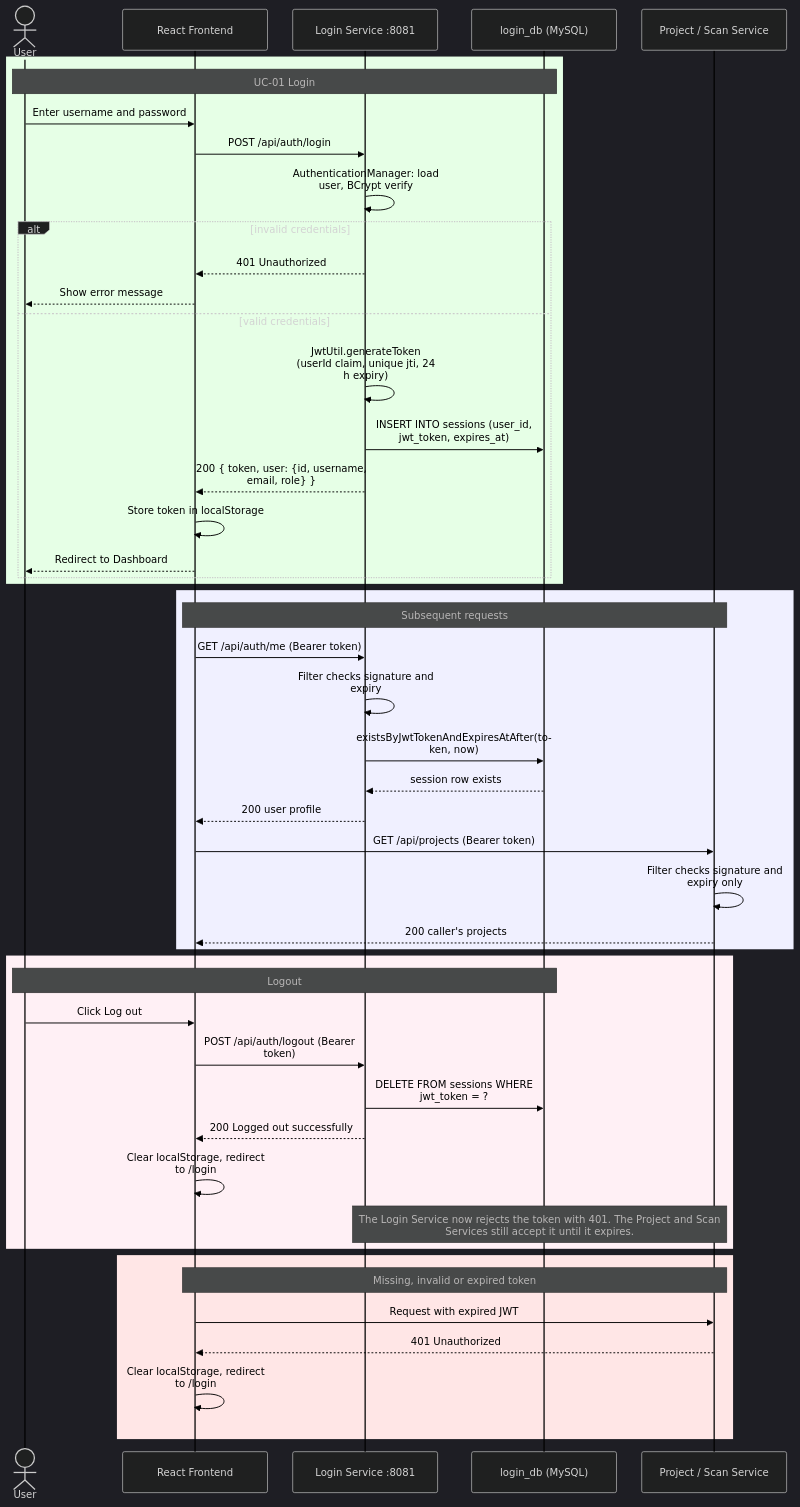
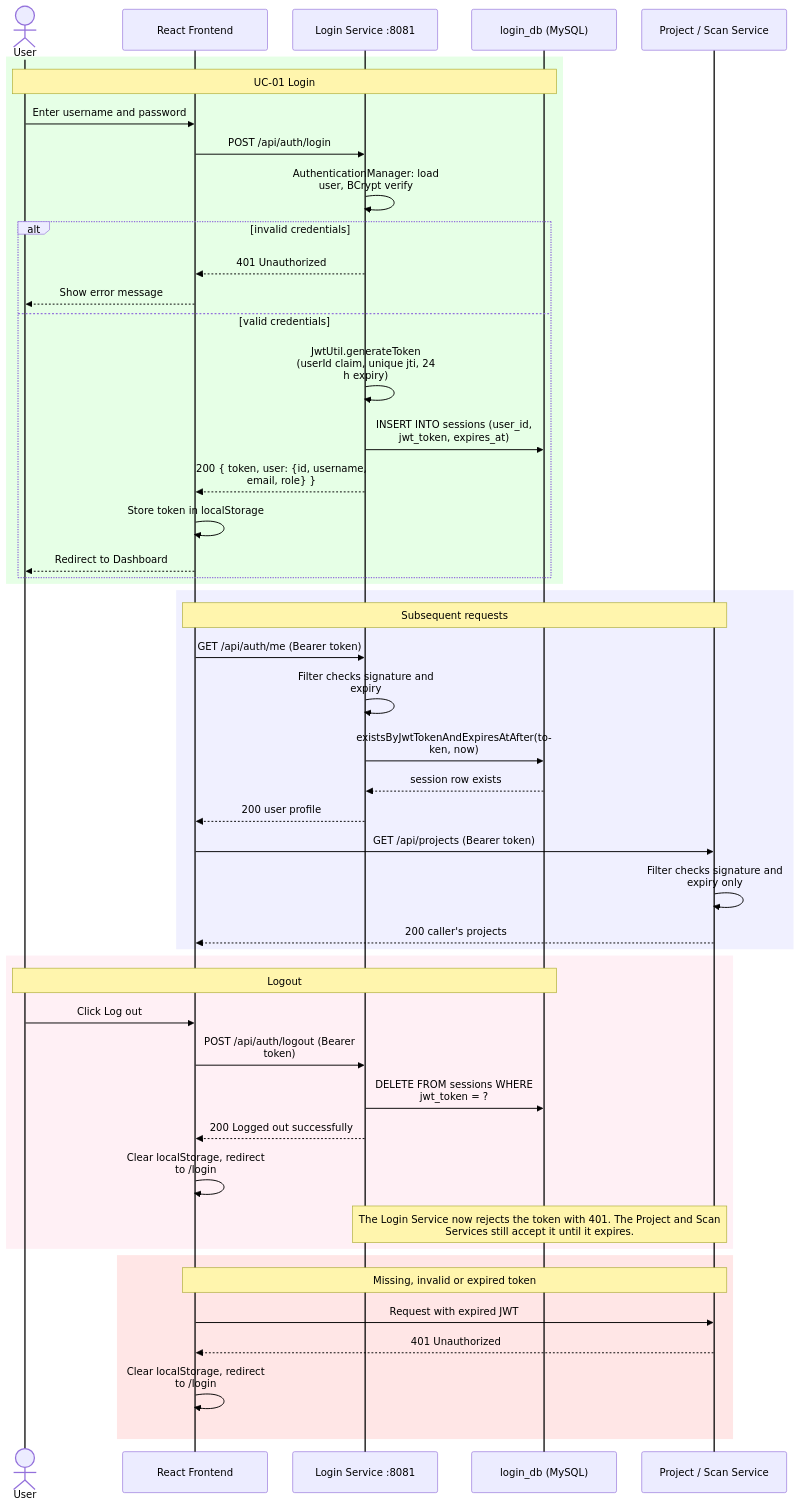
Before and after one commit to kaldrake/NUSISS_ProjectManagementPortal: the diagram in docs/Sequence - Login .mermaid, drawn with Mermaid. The commit also changed 17 other files, not shown here.

Commit message:
edited orientation of various large diagrams for display

```diff
--- a/docs/Sequence - Login .mermaid
+++ b/docs/Sequence - Login .mermaid
@@ -1,53 +1,53 @@
-%%{init: {'sequence': {'wrap': true, 'width': 230, 'actorMargin': 40}, 'theme': 'dark', 'themeVariables': {'lineColor': '#000000', 'actorLineColor': '#000000', 'signalColor': '#000000', 'signalTextColor': '#000000'}}}%%
+%%{init: {'sequence': {'wrap': true, 'width': 230, 'actorMargin': 40}, 'theme': 'default', 'themeVariables': {'lineColor': '#000000', 'actorLineColor': '#000000', 'signalColor': '#000000', 'signalTextColor': '#000000'}}}%%
 sequenceDiagram
     actor User
     participant FE as React Frontend
     participant LS as Login Service :8081
     participant DB as login_db (MySQL)
     participant PS as Project / Scan Service
 
     rect rgb(230, 255, 230)
         Note over User,DB: UC-01 Login
         User->>FE: Enter username and password
         FE->>LS: POST /api/auth/login
         LS->>LS: AuthenticationManager: load user, BCrypt verify
         alt invalid credentials
             LS-->>FE: 401 Unauthorized
             FE-->>User: Show error message
         else valid credentials
             LS->>LS: JwtUtil.generateToken (userId claim, unique jti, 24 h expiry)
             LS->>DB: INSERT INTO sessions (user_id, jwt_token, expires_at)
             LS-->>FE: 200 { token, user: {id, username, email, role} }
             FE->>FE: Store token in localStorage
             FE-->>User: Redirect to Dashboard
         end
     end
 
     rect rgb(240, 240, 255)
         Note over FE,PS: Subsequent requests
         FE->>LS: GET /api/auth/me (Bearer token)
         LS->>LS: Filter checks signature and expiry
         LS->>DB: existsByJwtTokenAndExpiresAtAfter(token, now)
         DB-->>LS: session row exists
         LS-->>FE: 200 user profile
         FE->>PS: GET /api/projects (Bearer token)
         PS->>PS: Filter checks signature and expiry only
         PS-->>FE: 200 caller's projects
     end
 
     rect rgb(255, 240, 245)
         Note over User,DB: Logout
         User->>FE: Click Log out
         FE->>LS: POST /api/auth/logout (Bearer token)
         LS->>DB: DELETE FROM sessions WHERE jwt_token = ?
         LS-->>FE: 200 Logged out successfully
         FE->>FE: Clear localStorage, redirect to /login
         Note over LS,PS: The Login Service now rejects the token with 401. The Project and Scan Services still accept it until it expires.
     end
 
     rect rgb(255, 230, 230)
         Note over FE,PS: Missing, invalid or expired token
         FE->>PS: Request with expired JWT
         PS-->>FE: 401 Unauthorized
         FE->>FE: Clear localStorage, redirect to /login
     end
```
